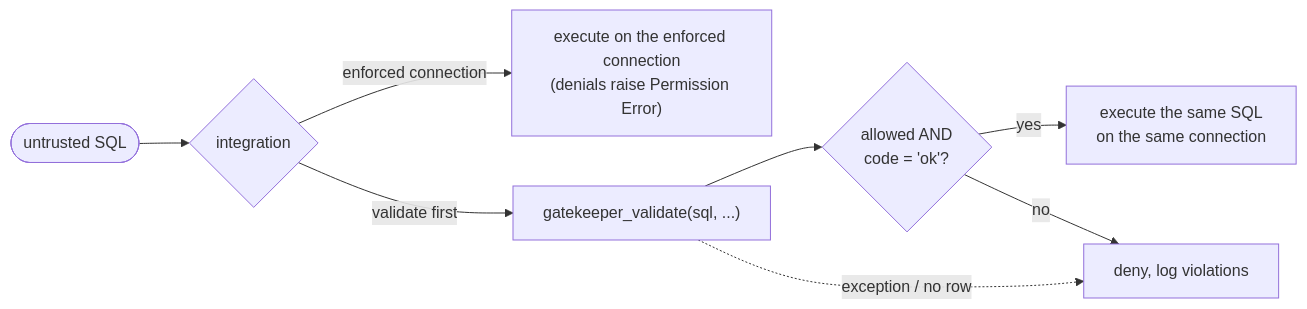
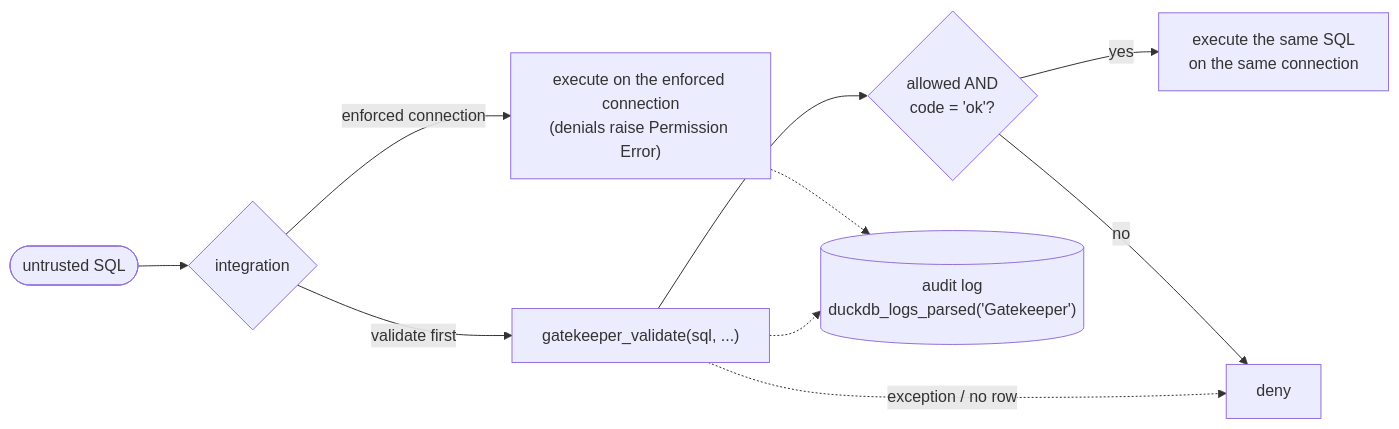
The first of 3 diagrams in README.md (nozzle/duckdb-gatekeeper), drawn with Mermaid before and after one commit. The commit also changed other lines of this file and 17 other files, not shown here.

Commit message:
feat: audit log records every decision as a structured DuckDB log entry (#50)

````diff
--- a/README.md
+++ b/README.md
@@ -100,10 +100,11 @@
 ```mermaid
 flowchart LR
     sql([untrusted SQL]) --> which{integration}
     which -- enforced connection --> run2["execute on the enforced connection<br/>(denials raise Permission Error)"]
     which -- validate first --> v["gatekeeper_validate(sql, ...)"]
     v --> ok{"allowed AND<br/>code = 'ok'?"}
     ok -- yes --> run[execute the same SQL<br/>on the same connection]
-    ok -- no --> deny[deny, log violations]
+    ok -- no --> deny[deny]
     v -. exception / no row .-> deny
+    run2 & v -.-> log[("audit log<br/>duckdb_logs_parsed('Gatekeeper')")]
 ```
````
